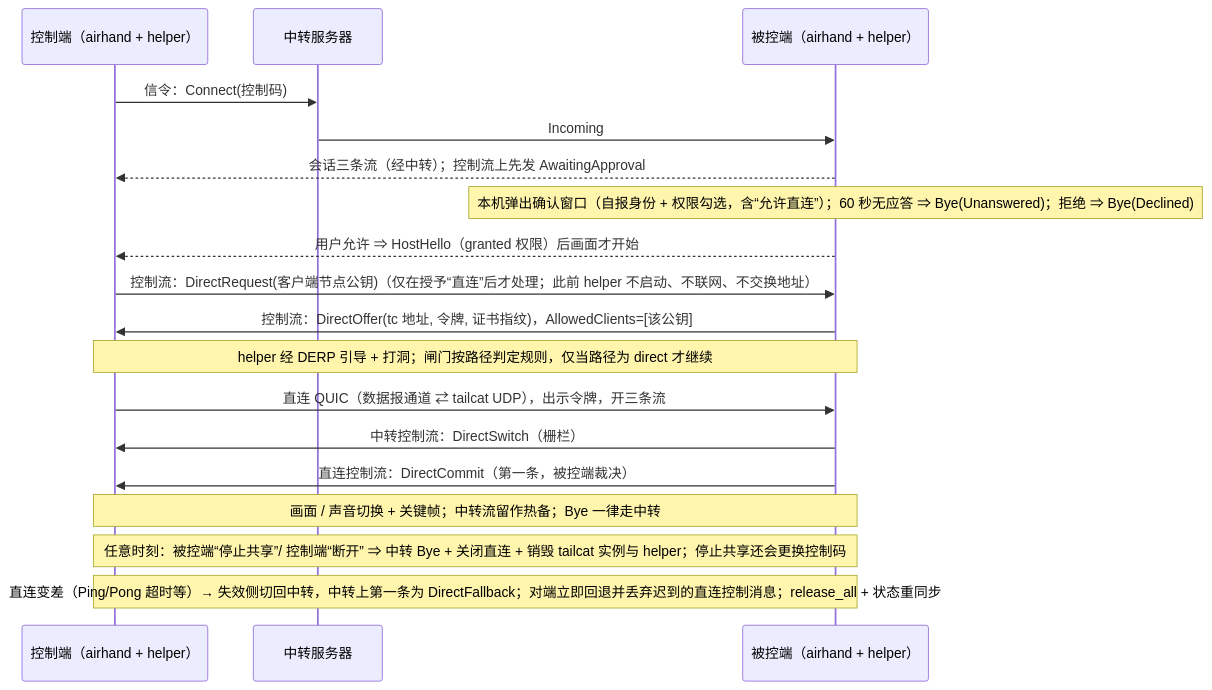
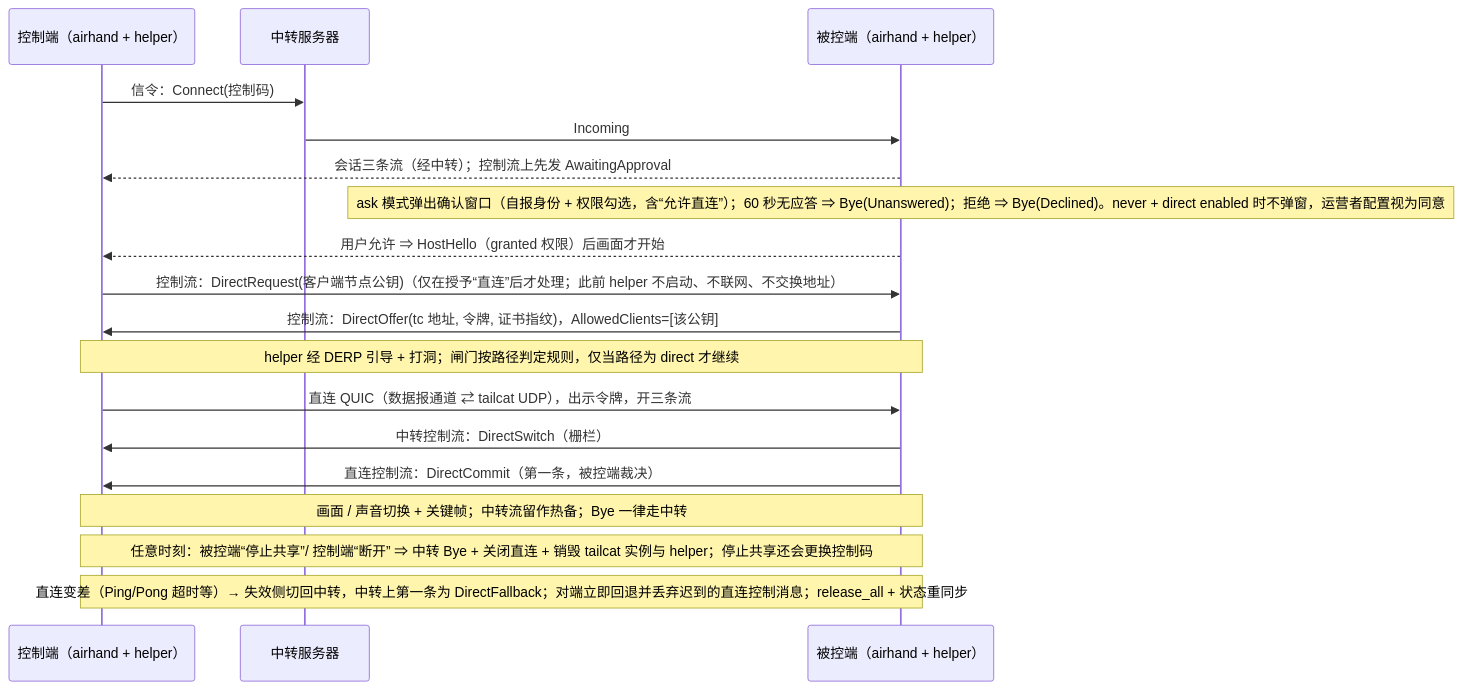
The diagram in docs/specs/tailcat-p2p-feature-map.md (2mauis/airhand), drawn with Mermaid before and after one commit. The commit also changed other lines of this file and 3 other files, not shown here.

````diff
--- a/docs/specs/tailcat-p2p-feature-map.md
+++ b/docs/specs/tailcat-p2p-feature-map.md
@@ -46,20 +46,20 @@
 ```mermaid
 sequenceDiagram
     participant C as 控制端（airhand + helper）
     participant R as 中转服务器
     participant H as 被控端（airhand + helper）
     C->>R: 信令：Connect(控制码)
     R->>H: Incoming
     H-->>C: 会话三条流（经中转）；控制流上先发 AwaitingApproval
-    Note over H: 本机弹出确认窗口（自报身份 + 权限勾选，含“允许直连”）；60 秒无应答 ⇒ Bye(Unanswered)；拒绝 ⇒ Bye(Declined)
+    Note over H: ask 模式弹出确认窗口（自报身份 + 权限勾选，含“允许直连”）；60 秒无应答 ⇒ Bye(Unanswered)；拒绝 ⇒ Bye(Declined)。never + direct enabled 时不弹窗，运营者配置视为同意
     H-->>C: 用户允许 ⇒ HostHello（granted 权限）后画面才开始
     C->>H: 控制流：DirectRequest(客户端节点公钥)（仅在授予“直连”后才处理；此前 helper 不启动、不联网、不交换地址）
     H->>C: 控制流：DirectOffer(tc 地址, 令牌, 证书指纹)，AllowedClients=[该公钥]
     Note over C,H: helper 经 DERP 引导 + 打洞；闸门按路径判定规则，仅当路径为 direct 才继续
     C->>H: 直连 QUIC（数据报通道 ⇄ tailcat UDP），出示令牌，开三条流
     H->>C: 中转控制流：DirectSwitch（栅栏）
     H->>C: 直连控制流：DirectCommit（第一条，被控端裁决）
     Note over C,H: 画面 / 声音切换 + 关键帧；中转流留作热备；Bye 一律走中转
     Note over C,H: 任意时刻：被控端“停止共享”/ 控制端“断开” ⇒ 中转 Bye + 关闭直连 + 销毁 tailcat 实例与 helper；停止共享还会更换控制码
     Note over C,H: 直连变差（Ping/Pong 超时等）→ 失效侧切回中转，中转上第一条为 DirectFallback；对端立即回退并丢弃迟到的直连控制消息；release_all + 状态重同步
 ```
````
